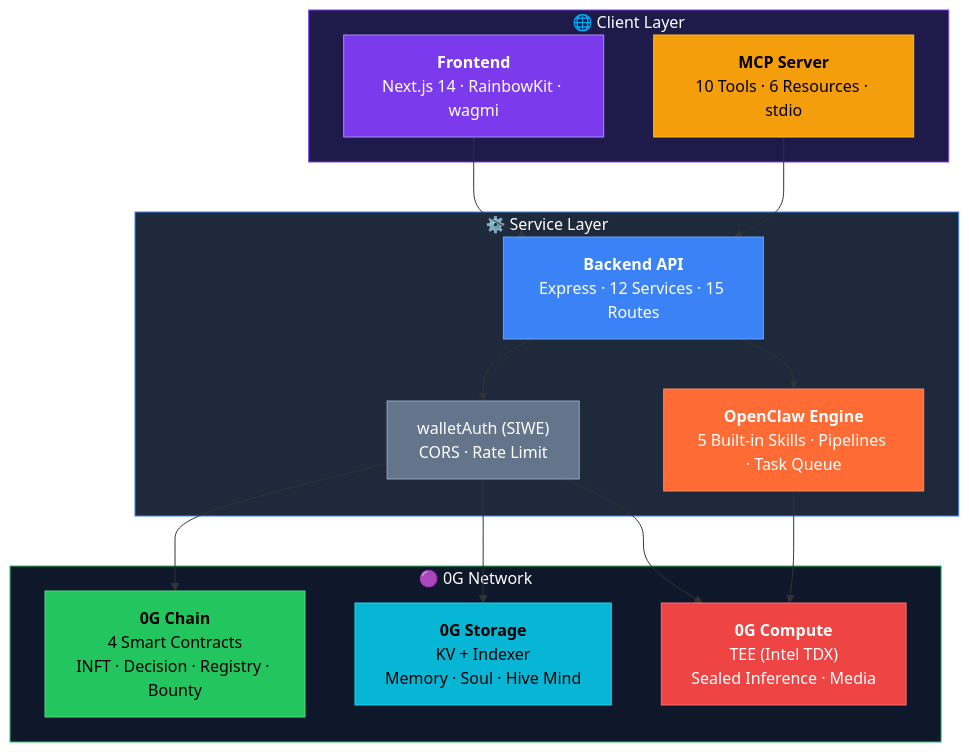
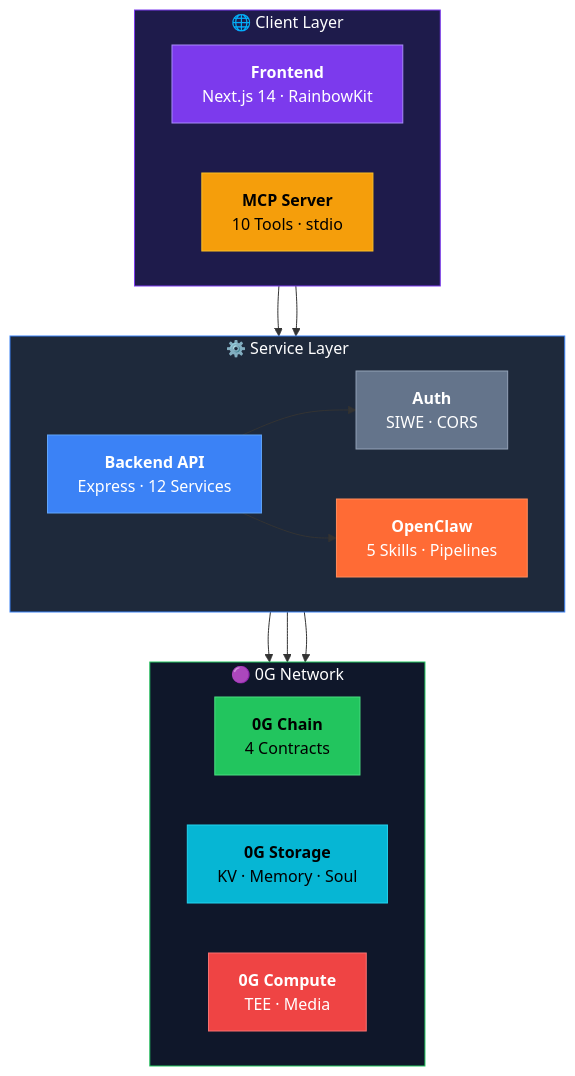
The first of 4 diagrams in README.md (henrymartin262/AIsphere), drawn with Mermaid before and after one commit.

Commit message:
docs: fix architecture diagram symmetry - 3 nodes per layer with direction LR

````diff
--- a/README.md
+++ b/README.md
@@ -52,40 +52,42 @@
 ```mermaid
 graph TB
     subgraph Client["🌐 Client Layer"]
-        FE["<b>Frontend</b><br/>Next.js 14 · RainbowKit · wagmi"]
-        MCP["<b>MCP Server</b><br/>10 Tools · 6 Resources · stdio"]
+        direction LR
+        FE["<b>Frontend</b><br/>Next.js 14 · RainbowKit"]
+        MCP["<b>MCP Server</b><br/>10 Tools · stdio"]
     end
 
     subgraph Service["⚙️ Service Layer"]
-        BE["<b>Backend API</b><br/>Express · 12 Services · 15 Routes"]
-        AUTH["walletAuth (SIWE)<br/>CORS · Rate Limit"]
-        OC["<b>OpenClaw Engine</b><br/>5 Built-in Skills · Pipelines · Task Queue"]
+        direction LR
+        AUTH["<b>Auth</b><br/>SIWE · CORS"]
+        BE["<b>Backend API</b><br/>Express · 12 Services"]
+        OC["<b>OpenClaw</b><br/>5 Skills · Pipelines"]
     end
 
     subgraph ZeroG["🟣 0G Network"]
-        CHAIN["<b>0G Chain</b><br/>4 Smart Contracts<br/>INFT · Decision · Registry · Bounty"]
-        STORAGE["<b>0G Storage</b><br/>KV + Indexer<br/>Memory · Soul · Hive Mind"]
-        COMPUTE["<b>0G Compute</b><br/>TEE (Intel TDX)<br/>Sealed Inference · Media"]
+        direction LR
+        CHAIN["<b>0G Chain</b><br/>4 Contracts"]
+        STORAGE["<b>0G Storage</b><br/>KV · Memory · Soul"]
+        COMPUTE["<b>0G Compute</b><br/>TEE · Media"]
     end
 
     FE --> BE
     MCP --> BE
     BE --> AUTH
     BE --> OC
     AUTH --> CHAIN
     AUTH --> STORAGE
-    AUTH --> COMPUTE
     OC --> COMPUTE
 
     style Client fill:#1e1b4b,stroke:#7c3aed,color:#fff
     style Service fill:#1e293b,stroke:#3b82f6,color:#fff
     style ZeroG fill:#0f172a,stroke:#22c55e,color:#fff
     style FE fill:#7c3aed,stroke:#a78bfa,color:#fff
     style MCP fill:#f59e0b,stroke:#fbbf24,color:#000
+    style AUTH fill:#64748b,stroke:#94a3b8,color:#fff
     style BE fill:#3b82f6,stroke:#60a5fa,color:#fff
-    style AUTH fill:#64748b,stroke:#94a3b8,color:#fff
     style OC fill:#ff6b35,stroke:#ff8c5a,color:#fff
     style CHAIN fill:#22c55e,stroke:#4ade80,color:#000
     style STORAGE fill:#06b6d4,stroke:#22d3ee,color:#000
     style COMPUTE fill:#ef4444,stroke:#f87171,color:#fff
 ```
````
